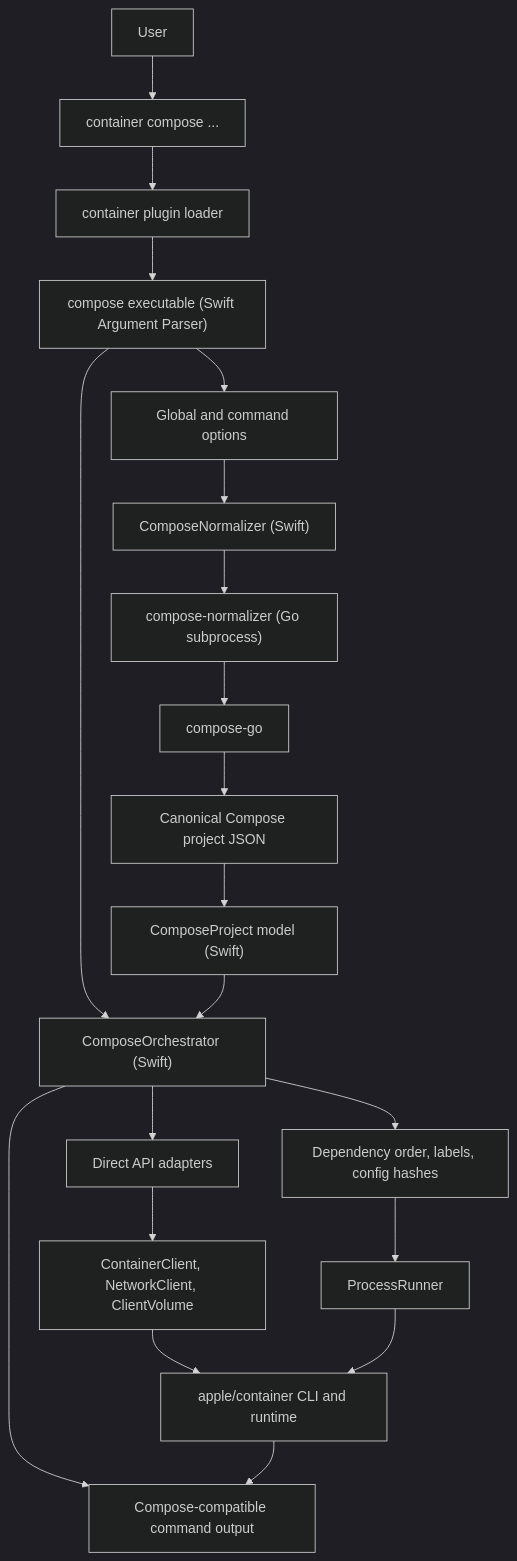
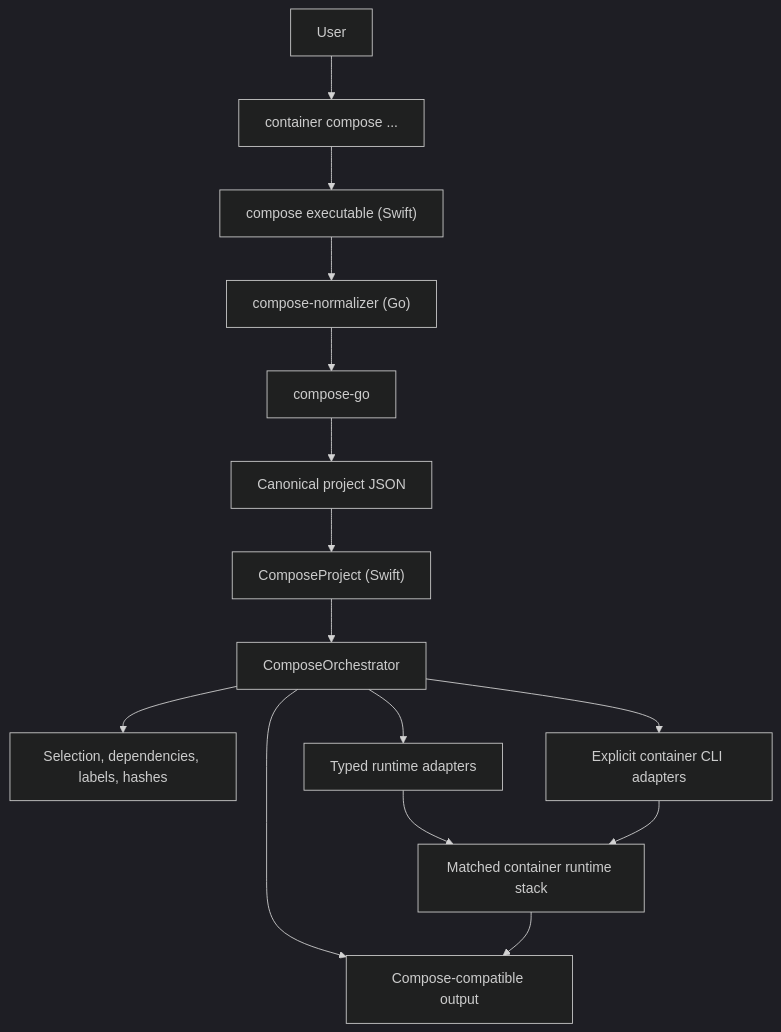
Before and after one commit to stephenlclarke/container-compose: the diagram in DESIGN.md, drawn with Mermaid (dark theme). The commit also changed other lines of this file and 167 other files, not shown here.

````diff
--- a/DESIGN.md
+++ b/DESIGN.md
@@ -187,26 +76,17 @@
 ```mermaid
 flowchart TD
     User["User"] --> ContainerCLI["container compose ..."]
-    ContainerCLI --> PluginLoader["container plugin loader"]
-    PluginLoader --> SwiftCLI["compose executable (Swift Argument Parser)"]
-
-    SwiftCLI --> Options["Global and command options"]
-    Options --> Normalizer["ComposeNormalizer (Swift)"]
-    Normalizer --> GoHelper["compose-normalizer (Go subprocess)"]
-    GoHelper --> ComposeGo["compose-go"]
-    ComposeGo --> CanonicalJSON["Canonical Compose project JSON"]
-    CanonicalJSON --> Model["ComposeProject model (Swift)"]
-
-    SwiftCLI --> Orchestrator["ComposeOrchestrator (Swift)"]
-    Model --> Orchestrator
-    Orchestrator --> Planner["Dependency order, labels, config hashes"]
-    Orchestrator --> DirectAdapters["Direct API adapters"]
-    DirectAdapters --> AppleAPI["ContainerClient, NetworkClient, ClientVolume"]
-    AppleAPI --> AppleContainer
-    Planner --> Runner["ProcessRunner"]
-    Runner --> AppleContainer["apple/container CLI and runtime"]
-    click AppleContainer "https://github.com/apple/container"
-
-    Orchestrator --> Output["Compose-compatible command output"]
-    AppleContainer --> Output
+    ContainerCLI --> Plugin["compose executable (Swift)"]
+    Plugin --> Normalizer["compose-normalizer (Go)"]
+    Normalizer --> ComposeGo["compose-go"]
+    ComposeGo --> Canonical["Canonical project JSON"]
+    Canonical --> Model["ComposeProject (Swift)"]
+    Model --> Orchestrator["ComposeOrchestrator"]
+    Orchestrator --> Planner["Selection, dependencies, labels, hashes"]
+    Orchestrator --> Direct["Typed runtime adapters"]
+    Orchestrator --> Command["Explicit container CLI adapters"]
+    Direct --> Runtime["Matched container runtime stack"]
+    Command --> Runtime
+    Orchestrator --> Output["Compose-compatible output"]
+    Runtime --> Output
 ```
````
